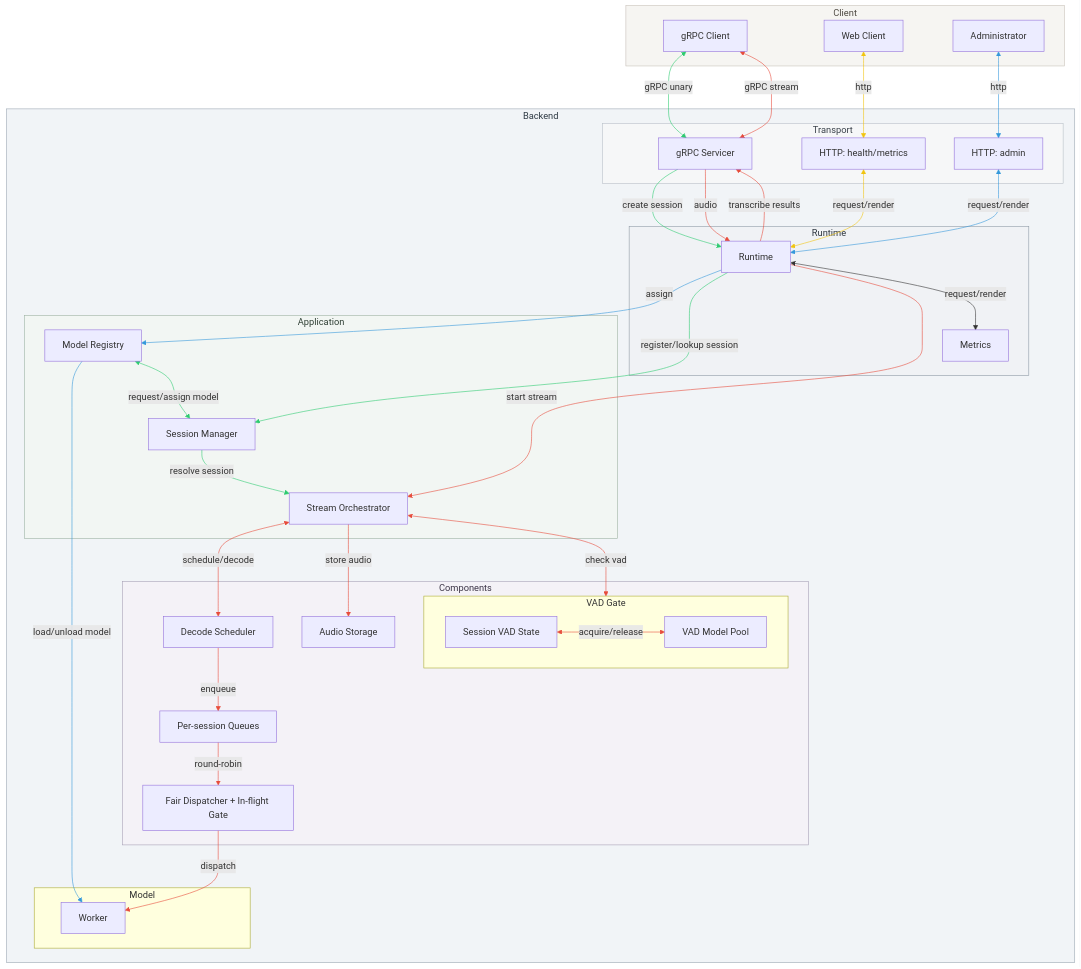
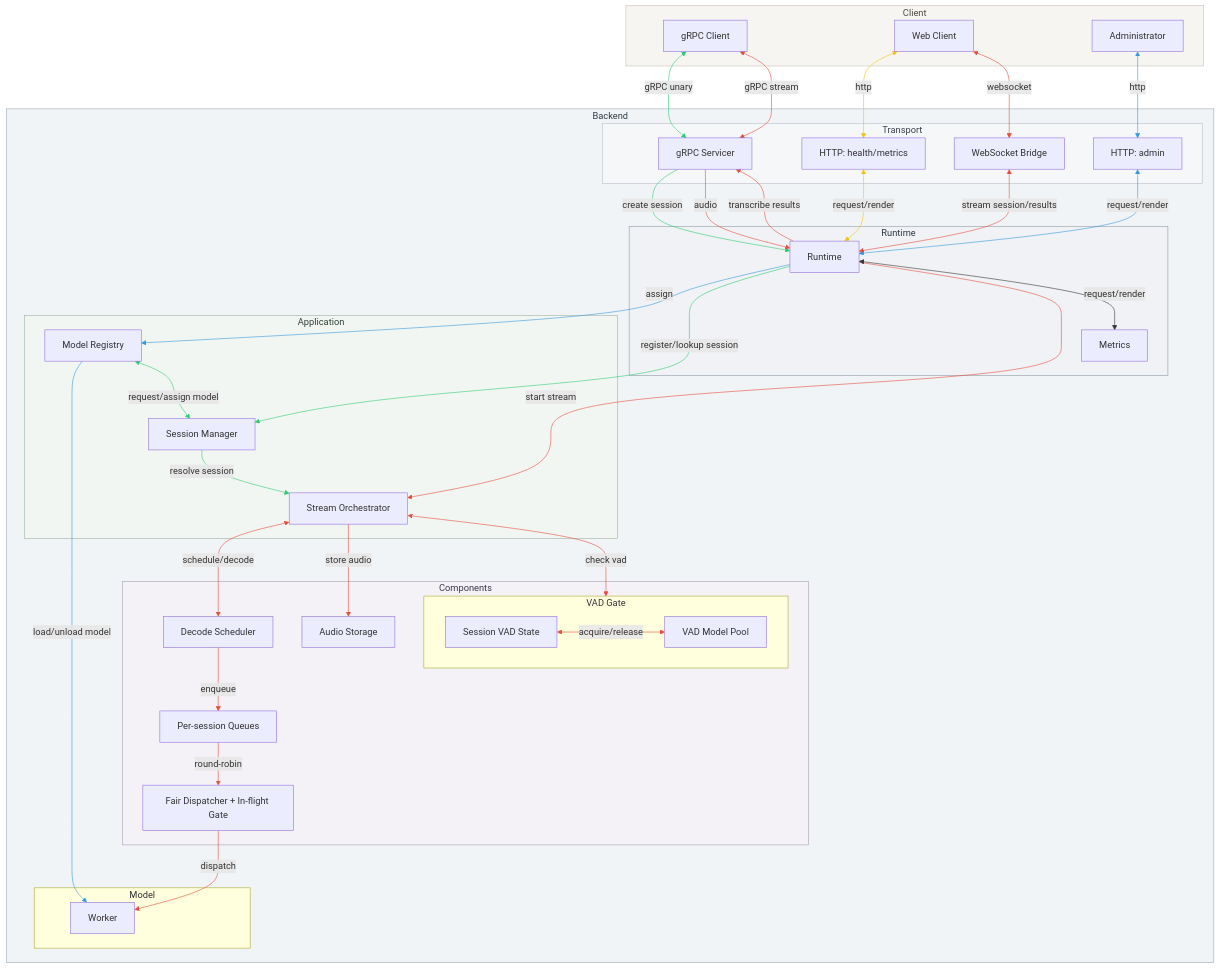
Before and after one commit to brightleeh/whisper-streaming-stt-server: the diagram in README.md, drawn with Mermaid. The commit also changed other lines of this file, not shown here.

Commit message:
docs: add WebSocket bridge architecture and auth guard notes

````diff
--- a/README.md
+++ b/README.md
@@ -425,6 +430,7 @@
       Servicer[gRPC Servicer]
       HttpClient[HTTP: health/metrics]
       HttpAdmin[HTTP: admin]
+      WsBridge[WebSocket Bridge]
     end
 
 		subgraph RuntimeWrap[Runtime]
@@ -480,6 +486,9 @@
 SessionQueues -->|round-robin| Dispatcher
 Dispatcher -->|dispatch| Worker
 
+WebClient <-->|websocket| WsBridge
+WsBridge <-->|stream session/results| Runtime
+
 Runtime <-->|request/render| Metrics
 
 style Client fill:#f6f5f2,stroke:#c8c1b8,stroke-width:1px,color:#4b473f
@@ -493,4 +502,5 @@
 linkStyle 4,5 stroke:#f1c40f,stroke-width:1px;
 linkStyle 6,7,8,9,10 stroke:#2ecc71,stroke-width:1px;
 linkStyle 11,12,13,14,15,16,17,18,19,20,21 stroke:#e74c3c,stroke-width:1px;
+linkStyle 22,23 stroke:#e74c3c,stroke-width:1px;
 ```
````
